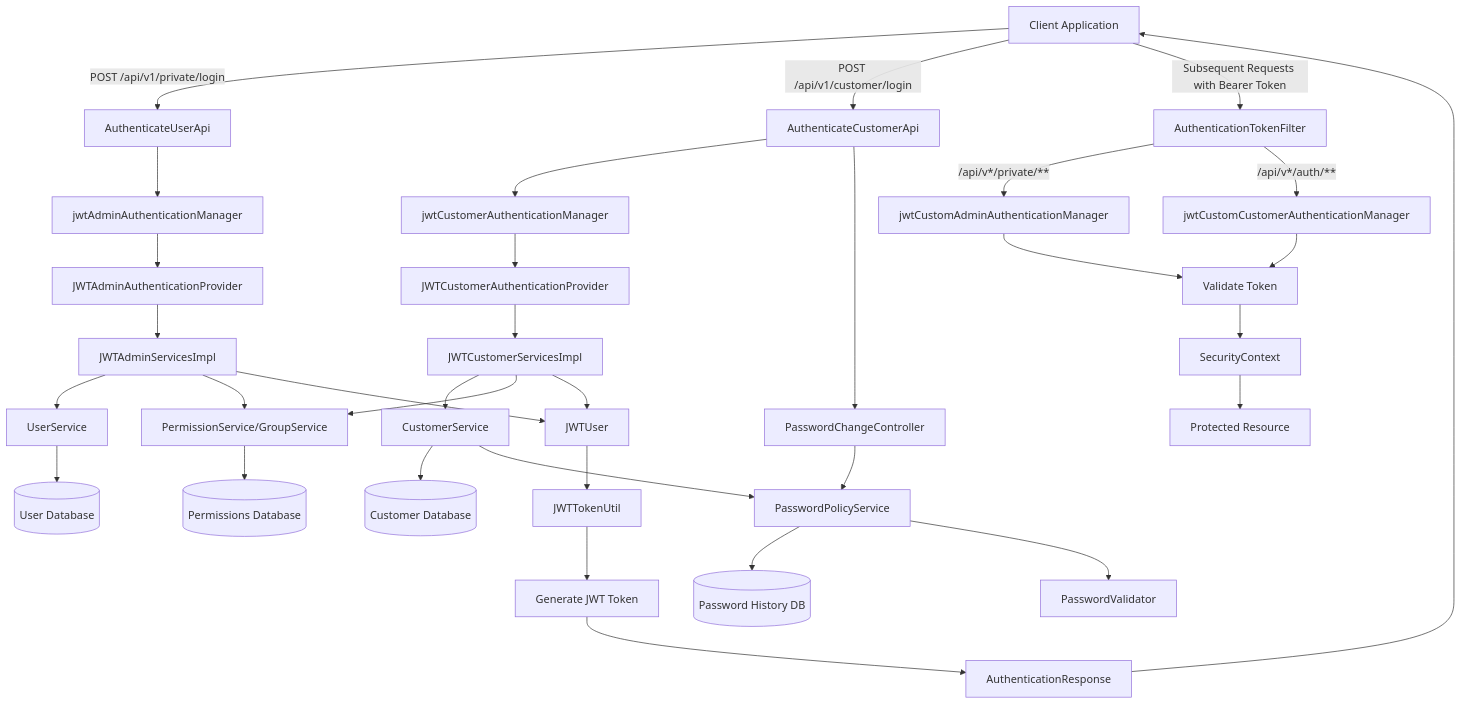
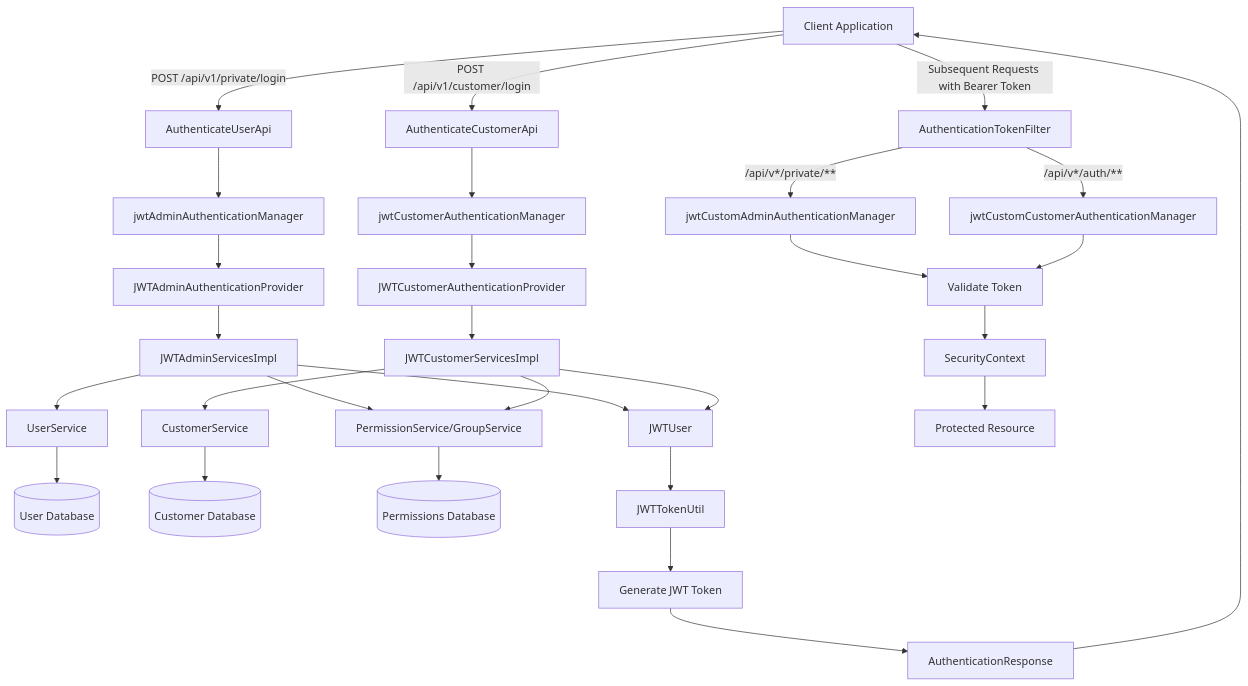
The first of 4 diagrams in docs/login-process.md (vmatviichuk-epam/shopizer), drawn with Mermaid before and after one commit. The commit also changed other lines of this file, not shown here.

````diff
--- a/docs/login-process.md
+++ b/docs/login-process.md
@@ -34,53 +34,46 @@
 ```mermaid
 graph TD
     A[Client Application] -->|POST /api/v1/private/login| B[AuthenticateUserApi]
     A -->|POST /api/v1/customer/login| C[AuthenticateCustomerApi]
 
     B --> D[jwtAdminAuthenticationManager]
     C --> E[jwtCustomerAuthenticationManager]
 
     D --> F[JWTAdminAuthenticationProvider]
     E --> G[JWTCustomerAuthenticationProvider]
 
     F --> H[JWTAdminServicesImpl]
     G --> I[JWTCustomerServicesImpl]
 
     H --> J[UserService]
     I --> K[CustomerService]
 
     J --> L[(User Database)]
     K --> M[(Customer Database)]
 
     H --> N[PermissionService/GroupService]
     I --> N
 
     N --> O[(Permissions Database)]
 
     H --> P[JWTUser]
     I --> P
 
     P --> Q[JWTTokenUtil]
     Q --> R[Generate JWT Token]
 
     R --> S[AuthenticationResponse]
     S --> A
 
     A -->|Subsequent Requests with Bearer Token| T[AuthenticationTokenFilter]
     T -->|/api/v*/private/**| U[jwtCustomAdminAuthenticationManager]
     T -->|/api/v*/auth/**| V[jwtCustomCustomerAuthenticationManager]
 
     U --> W[Validate Token]
     V --> W
 
     W --> X[SecurityContext]
     X --> Y[Protected Resource]
 
-    %% Password policy components
-    K --> PP[PasswordPolicyService]
-    PP --> PH[(Password History DB)]
-    PP --> PV[PasswordValidator]
-
-    C --> PC[PasswordChangeController]
-    PC --> PP
 
 ```
````
